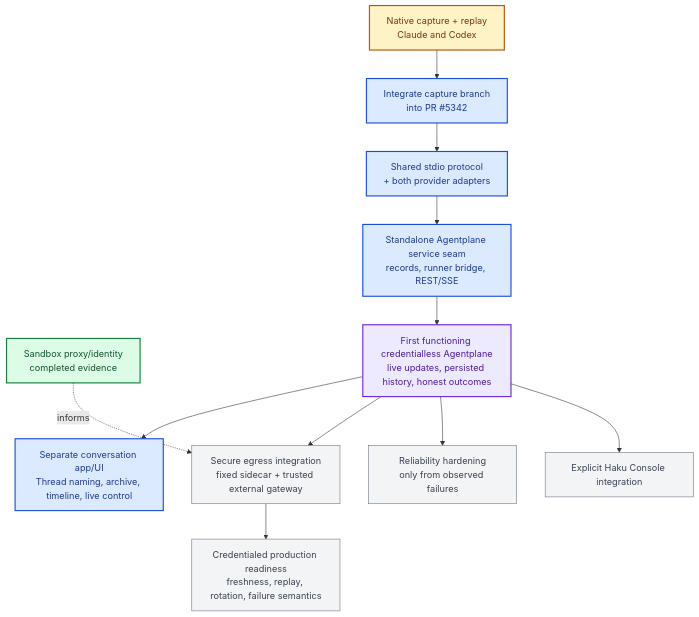
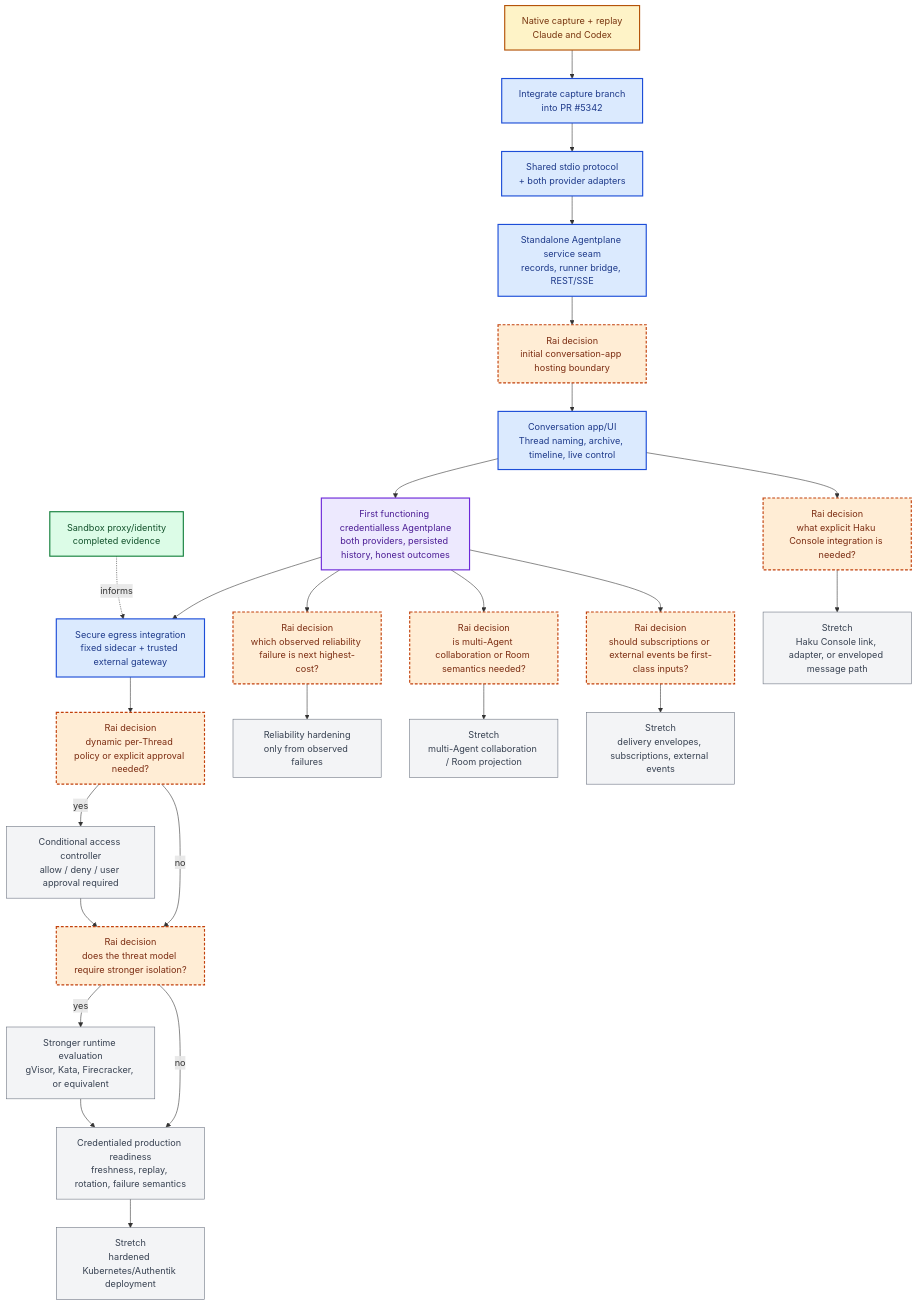
Before and after one commit to agentydragon-agent/ducktape: the diagram in x/agentplane/plans/task_dag.md, drawn with Mermaid. The commit also changed other lines of this file and 2 other files, not shown here.

Commit message:
docs: consolidate agentplane task dags

````diff
--- a/x/agentplane/plans/task_dag.md
+++ b/x/agentplane/plans/task_dag.md
@@ -24,28 +27,49 @@
 ```mermaid
 flowchart TB
     classDef completed fill:#dcfce7,stroke:#15803d,color:#14532d,stroke-width:2px
     classDef captureComplete fill:#fef3c7,stroke:#b45309,color:#78350f,stroke-width:2px
     classDef next fill:#dbeafe,stroke:#1d4ed8,color:#1e3a8a,stroke-width:2px
     classDef milestone fill:#ede9fe,stroke:#6d28d9,color:#4c1d95,stroke-width:2px
-    classDef deferred fill:#f3f4f6,stroke:#6b7280,color:#374151
+    classDef decision fill:#ffedd5,stroke:#c2410c,color:#7c2d12,stroke-width:2px,stroke-dasharray:5 3
+    classDef future fill:#f3f4f6,stroke:#6b7280,color:#374151
 
     S0["Sandbox proxy/identity<br/>completed evidence"]:::completed
     A["Native capture + replay<br/>Claude and Codex"]:::captureComplete
     I["Integrate capture branch<br/>into PR #5342"]:::next
     B["Shared stdio protocol<br/>+ both provider adapters"]:::next
     C["Standalone Agentplane service seam<br/>records, runner bridge, REST/SSE"]:::next
-    D["First functioning credentialless Agentplane<br/>live updates, persisted history, honest outcomes"]:::milestone
-    E["Separate conversation app/UI<br/>Thread naming, archive, timeline, live control"]:::next
-    F["Secure egress integration<br/>fixed sidecar + trusted external gateway"]:::deferred
-    G["Credentialed production readiness<br/>freshness, replay, rotation, failure semantics"]:::deferred
-    H["Reliability hardening<br/>only from observed failures"]:::deferred
-    J["Explicit Haku Console integration"]:::deferred
+    D["Rai decision<br/>initial conversation-app hosting boundary"]:::decision
+    E["Conversation app/UI<br/>Thread naming, archive, timeline, live control"]:::next
+    F["First functioning credentialless Agentplane<br/>both providers, persisted history, honest outcomes"]:::milestone
 
-    A --> I --> B --> C --> D
-    D --> E
-    D --> F --> G
-    D --> H
-    D --> J
-    S0 -. informs .-> F
+    J["Secure egress integration<br/>fixed sidecar + trusted external gateway"]:::next
+    P["Rai decision<br/>dynamic per-Thread policy or explicit approval needed?"]:::decision
+    K["Conditional access controller<br/>allow / deny / user approval required"]:::future
+    R["Rai decision<br/>does the threat model require stronger isolation?"]:::decision
+    L["Credentialed production readiness<br/>freshness, replay, rotation, failure semantics"]:::future
+    V["Stronger runtime evaluation<br/>gVisor, Kata, Firecracker, or equivalent"]:::future
 
+    Q["Rai decision<br/>which observed reliability failure is next highest-cost?"]:::decision
+    M["Reliability hardening<br/>only from observed failures"]:::future
+
+    H["Rai decision<br/>is multi-Agent collaboration or Room semantics needed?"]:::decision
+    N["Stretch<br/>multi-Agent collaboration / Room projection"]:::future
+    X["Rai decision<br/>should subscriptions or external events be first-class inputs?"]:::decision
+    Y["Stretch<br/>delivery envelopes, subscriptions, external events"]:::future
+    Z["Rai decision<br/>what explicit Haku Console integration is needed?"]:::decision
+    U["Stretch<br/>Haku Console link, adapter, or enveloped message path"]:::future
+    W["Stretch<br/>hardened Kubernetes/Authentik deployment"]:::future
+
+    A --> I --> B --> C --> D --> E --> F
+    F --> J --> P
+    P -->|yes| K --> R
+    P -->|no| R
+    R -->|yes| V --> L
+    R -->|no| L
+    F --> Q --> M
+    F --> H --> N
+    F --> X --> Y
+    E --> Z --> U
+    L --> W
+    S0 -. informs .-> J
 ```
````
